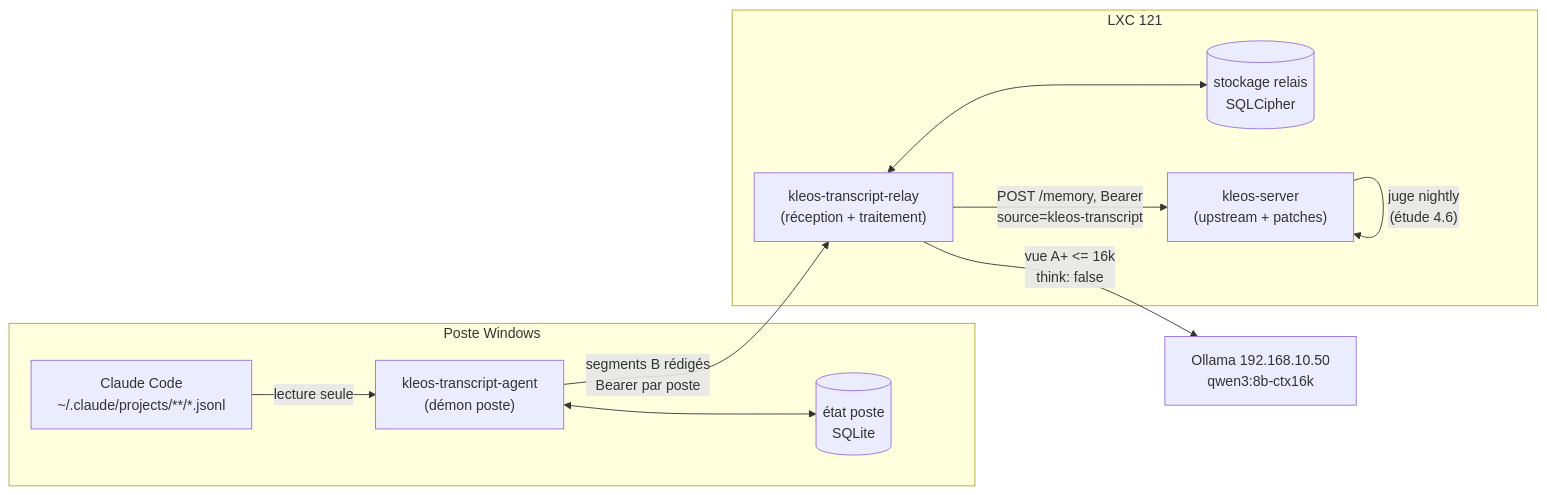
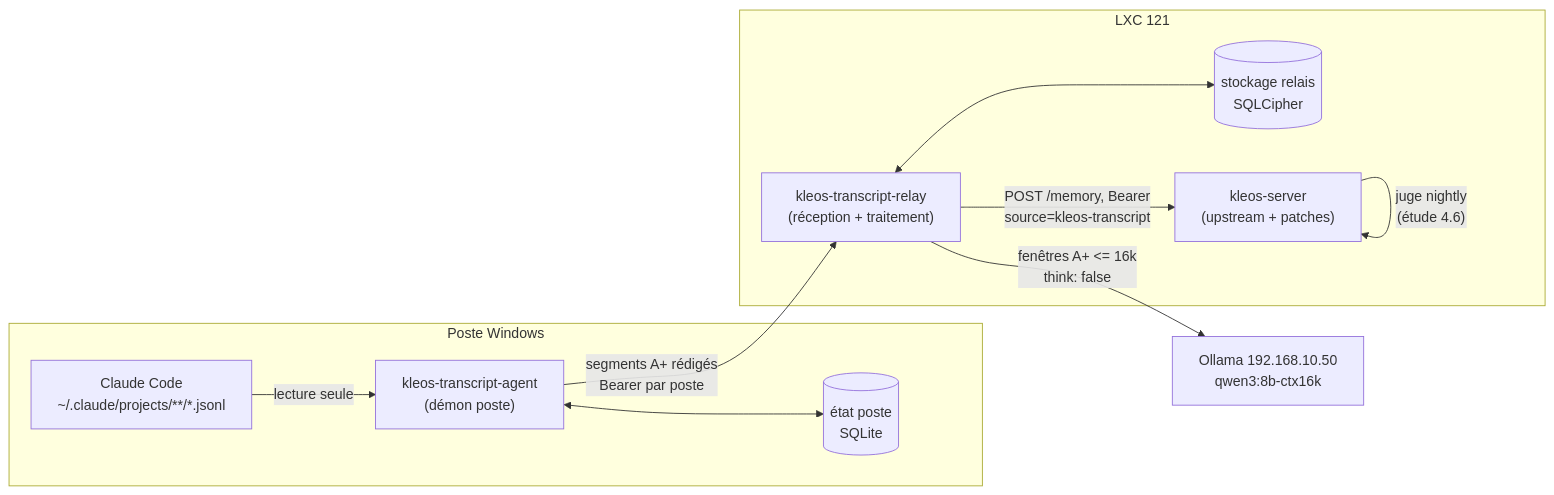
One commit to VOCSAP/Kleos changed the diagram in docs/studies/2026-10-21-kleos-transcript-ingest-target.md. Above: the diagram before and after it, drawn with Mermaid. The commit also changed other lines of this file, not shown here.

````diff
--- a/docs/studies/2026-10-21-kleos-transcript-ingest-target.md
+++ b/docs/studies/2026-10-21-kleos-transcript-ingest-target.md
@@ -88,21 +114,21 @@
 ```mermaid
 flowchart LR
   subgraph Poste["Poste Windows"]
     CC["Claude Code<br/>~/.claude/projects/**/*.jsonl"]
     D["kleos-transcript-agent<br/>(démon poste)"]
     DS[("état poste<br/>SQLite")]
     CC -- lecture seule --> D
     D <--> DS
   end
   subgraph LXC121["LXC 121"]
     R["kleos-transcript-relay<br/>(réception + traitement)"]
     RS[("stockage relais<br/>SQLCipher")]
     K["kleos-server<br/>(upstream + patches)"]
     R <--> RS
     R -- "POST /memory, Bearer<br/>source=kleos-transcript" --> K
   end
   O["Ollama 192.168.10.50<br/>qwen3:8b-ctx16k"]
-  D -- "segments B rédigés<br/>Bearer par poste" --> R
-  R -- "vue A+ <= 16k<br/>think: false" --> O
+  D -- "segments A+ rédigés<br/>Bearer par poste" --> R
+  R -- "fenêtres A+ <= 16k<br/>think: false" --> O
   K -- "juge nightly<br/>(étude 4.6)" --> K
 ```
````
